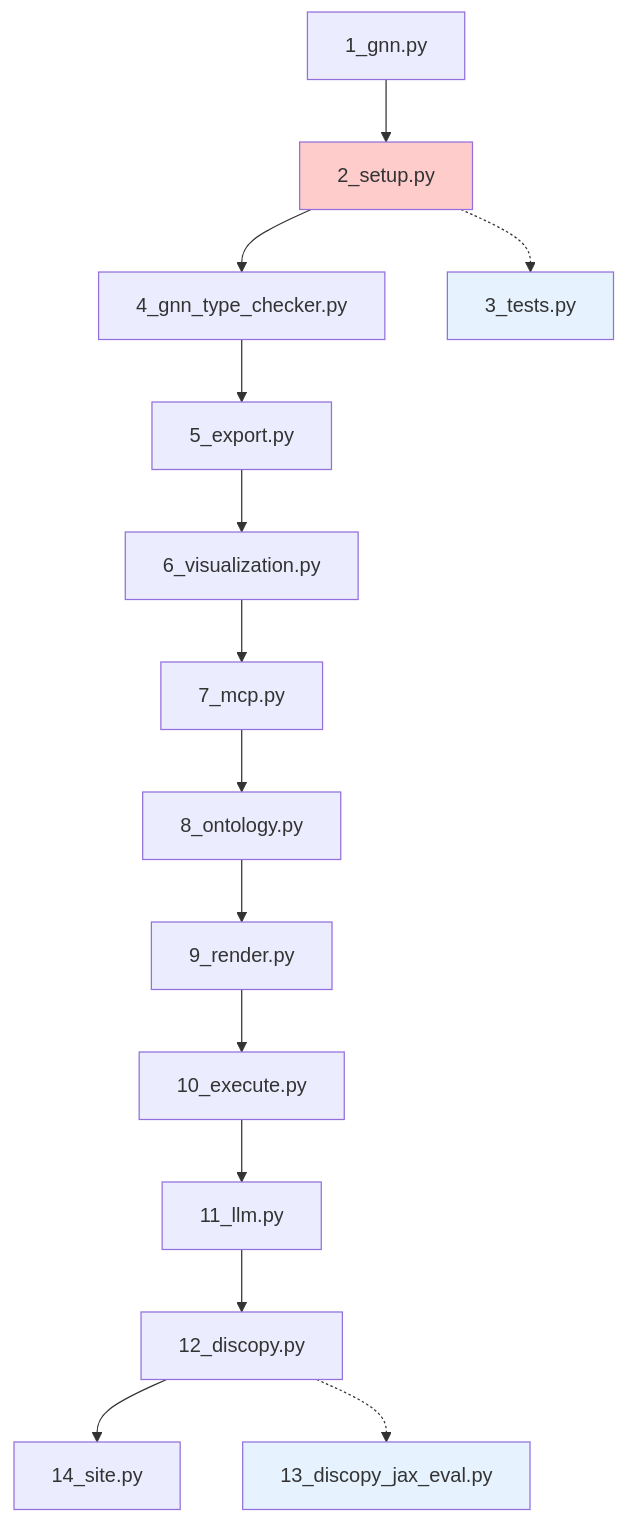
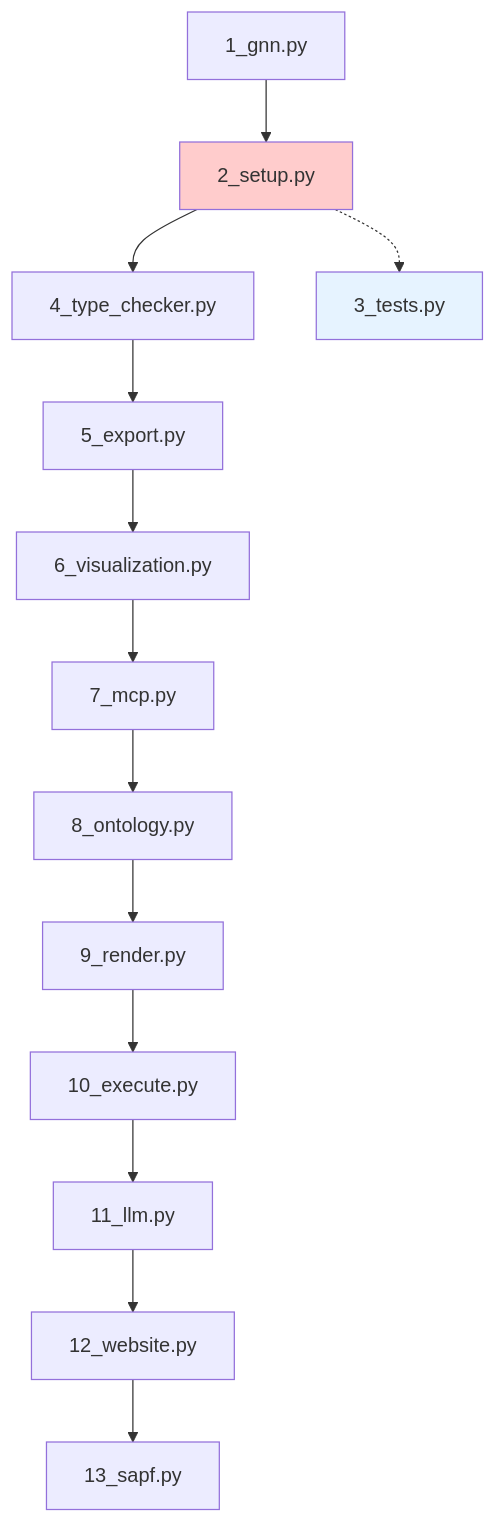
One commit to ActiveInferenceInstitute/GeneralizedNotationNotation changed the diagram in doc/pipeline/PIPELINE_ARCHITECTURE.md. Above: the diagram before and after it, drawn with Mermaid. The commit also changed other lines of this file and 19 other files, not shown here.

````diff
--- a/doc/pipeline/PIPELINE_ARCHITECTURE.md
+++ b/doc/pipeline/PIPELINE_ARCHITECTURE.md
@@ -9,21 +9,19 @@
 ```mermaid
 graph TD
     A[1_gnn.py] --> B[2_setup.py]
-    B --> C[4_gnn_type_checker.py]
+    B --> C[4_type_checker.py]
     C --> D[5_export.py]
     D --> E[6_visualization.py]
     E --> F[7_mcp.py]
     F --> G[8_ontology.py]
     G --> H[9_render.py]
     H --> I[10_execute.py]
     I --> J[11_llm.py]
-    J --> K[12_discopy.py]
-    K --> L[14_site.py]
+    J --> K[12_website.py]
+    K --> L[13_sapf.py]
     
     B -.-> M[3_tests.py]
-    K -.-> N[13_discopy_jax_eval.py]
     
     style B fill:#ffcccc
     style M fill:#e6f3ff
-    style N fill:#e6f3ff
 ```
````
